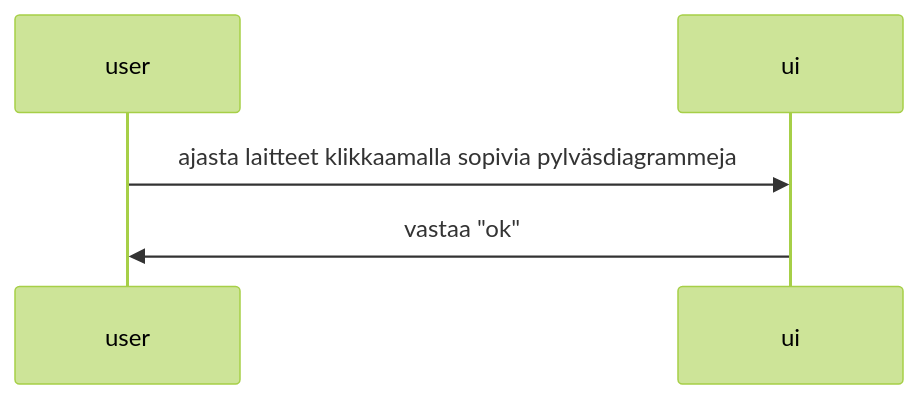
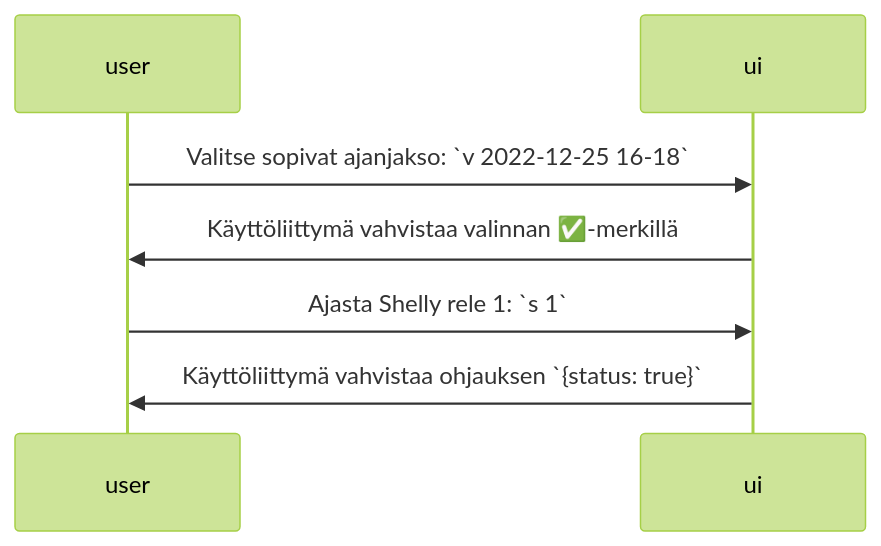
Before and after one commit to ahojukka5/ot-harjoitustyo: the third of 3 diagrams in dokumentaatio/arkkitehtuuri.md, drawn with Mermaid (forest theme). The commit also changed other lines of this file, not shown here.

````diff
--- a/dokumentaatio/arkkitehtuuri.md
+++ b/dokumentaatio/arkkitehtuuri.md
@@ -13,7 +145,9 @@
 ```mermaid
 sequenceDiagram
 participant user
 participant ui
-user->>ui: ajasta laitteet klikkaamalla sopivia pylväsdiagrammeja
-ui->>user: vastaa "ok"
+user->>ui: Valitse sopivat ajanjakso: `v 2022-12-25 16-18`
+ui->>user: Käyttöliittymä vahvistaa valinnan ✅-merkillä
+user->>ui: Ajasta Shelly rele 1: `s 1`
+ui->>user: Käyttöliittymä vahvistaa ohjauksen `{status: true}`
 ```
````
